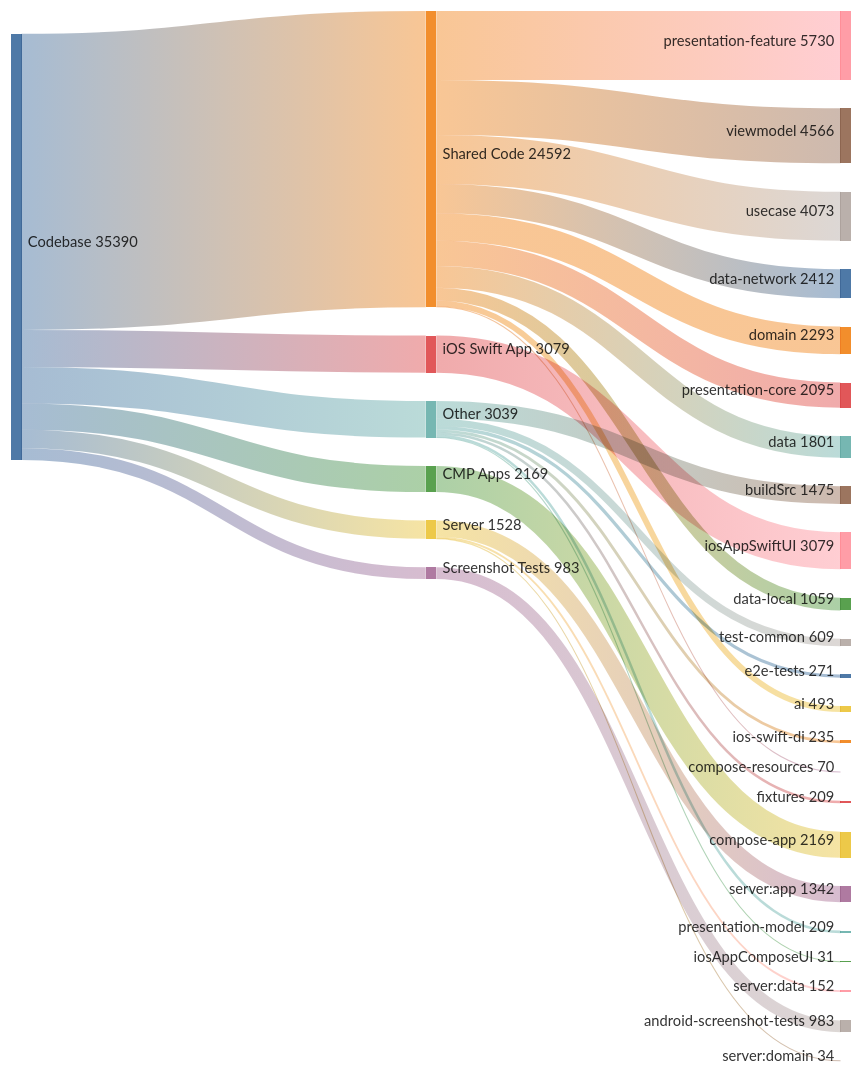
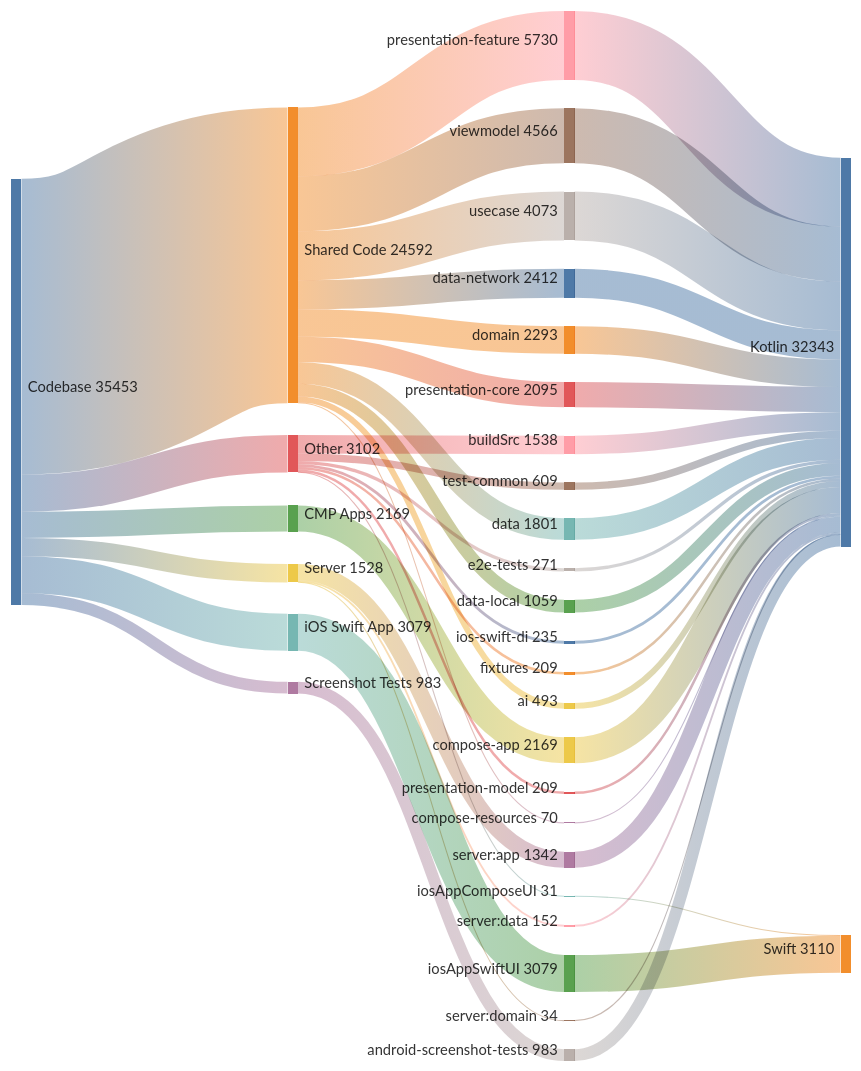
One commit to cartland/battery-butler changed the diagram in docs/CODE_ANALYSIS.md. Above: the diagram before and after it, drawn with Mermaid. The commit also changed other lines of this file and 3 other files, not shown here.

````diff
--- a/docs/CODE_ANALYSIS.md
+++ b/docs/CODE_ANALYSIS.md
@@ -42,48 +46,72 @@
 ```mermaid
 ---
 config:
   sankey:
     showValues: true
     width: 800
     height: 1000
     nodeAlignment: justify
     linkColor: gradient
 ---
 sankey-beta
 
 Codebase,Shared Code,24592
+Codebase,Other,3102
 Codebase,iOS Swift App,3079
-Codebase,Other,3039
 Codebase,CMP Apps,2169
 Codebase,Server,1528
 Codebase,Screenshot Tests,983
 
 Shared Code,presentation-feature,5730
 Shared Code,viewmodel,4566
 Shared Code,usecase,4073
 Shared Code,data-network,2412
 Shared Code,domain,2293
 Shared Code,presentation-core,2095
 Shared Code,data,1801
 Shared Code,data-local,1059
 Shared Code,ai,493
 Shared Code,compose-resources,70
 
-iOS Swift App,iosAppSwiftUI,3079
-
-Other,buildSrc,1475
+Other,buildSrc,1538
 Other,test-common,609
 Other,e2e-tests,271
 Other,ios-swift-di,235
 Other,fixtures,209
 Other,presentation-model,209
 Other,iosAppComposeUI,31
+
+iOS Swift App,iosAppSwiftUI,3079
 
 CMP Apps,compose-app,2169
 
 Server,server:app,1342
 Server,server:data,152
 Server,server:domain,34
 
 Screenshot Tests,android-screenshot-tests,983
+
+presentation-feature,Kotlin,5730
+viewmodel,Kotlin,4566
+usecase,Kotlin,4073
+iosAppSwiftUI,Swift,3079
+data-network,Kotlin,2412
+domain,Kotlin,2293
+compose-app,Kotlin,2169
+presentation-core,Kotlin,2095
+data,Kotlin,1801
+buildSrc,Kotlin,1538
+server:app,Kotlin,1342
+data-local,Kotlin,1059
+android-screenshot-tests,Kotlin,983
+test-common,Kotlin,609
+ai,Kotlin,493
+e2e-tests,Kotlin,271
+ios-swift-di,Kotlin,235
+fixtures,Kotlin,209
+presentation-model,Kotlin,209
+server:data,Kotlin,152
+compose-resources,Kotlin,70
+server:domain,Kotlin,34
+iosAppComposeUI,Swift,31
 ```
````
